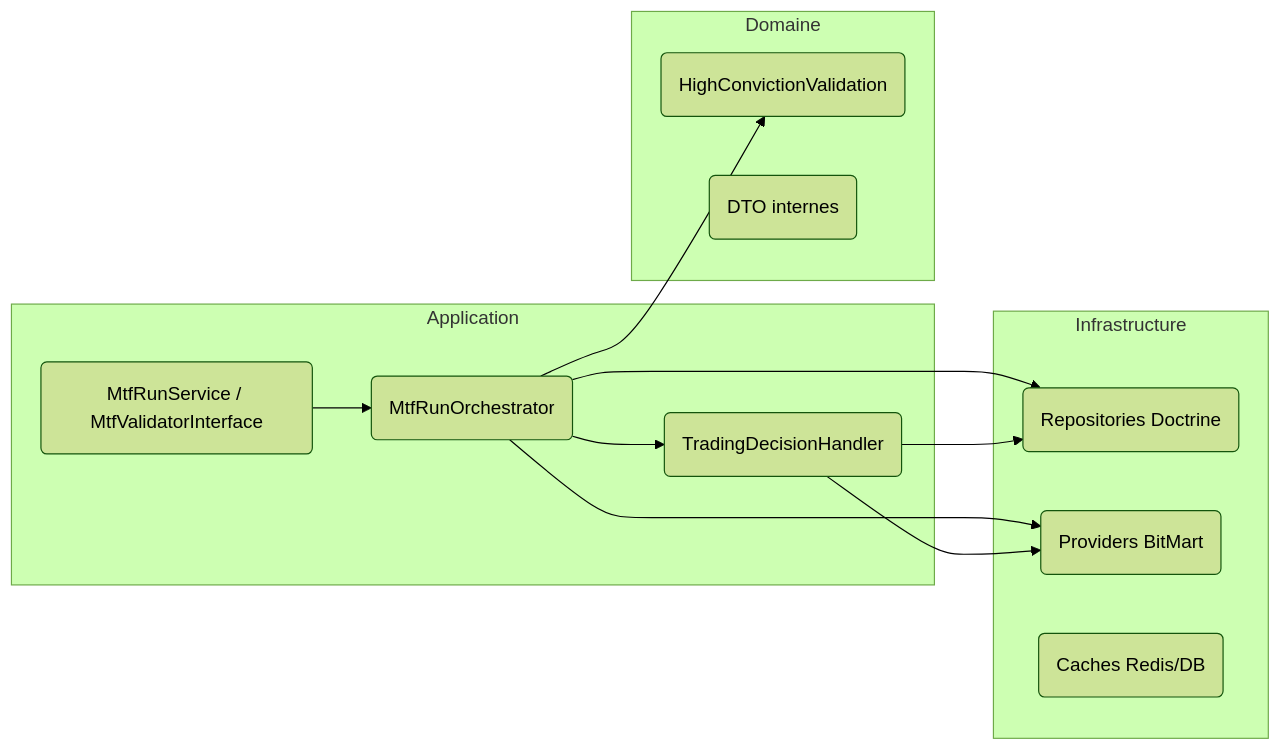
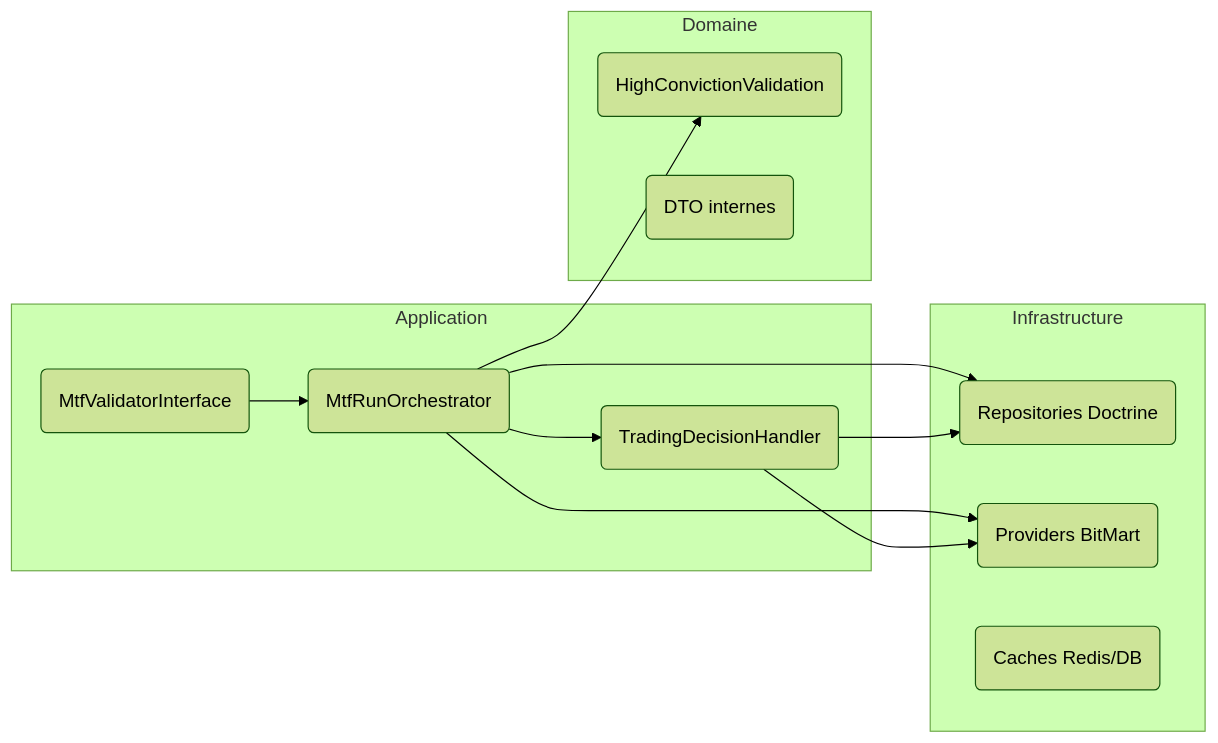
Before and after one commit to pivox/tradingV3: the diagram in trading-app/README.md, drawn with Mermaid (forest theme). The commit also changed 13 other files, not shown here.

````diff
--- a/trading-app/README.md
+++ b/trading-app/README.md
@@ -91,26 +91,26 @@
 ```mermaid
 flowchart LR
     subgraph Application
-        facade(MtfRunService / MtfValidatorInterface)
+        facade(MtfValidatorInterface)
         orchestrator(MtfRunOrchestrator)
         decision(TradingDecisionHandler)
     end
 
     subgraph Domaine
         strategies(HighConvictionValidation)
         dto(DTO internes)
     end
 
     subgraph Infrastructure
         repo(Repositories Doctrine)
         provider(Providers BitMart)
         cache(Caches Redis/DB)
     end
 
     facade --> orchestrator --> decision
     orchestrator --> repo
     orchestrator --> provider
     decision --> provider
     decision --> repo
     orchestrator --> strategies
 ```
````
